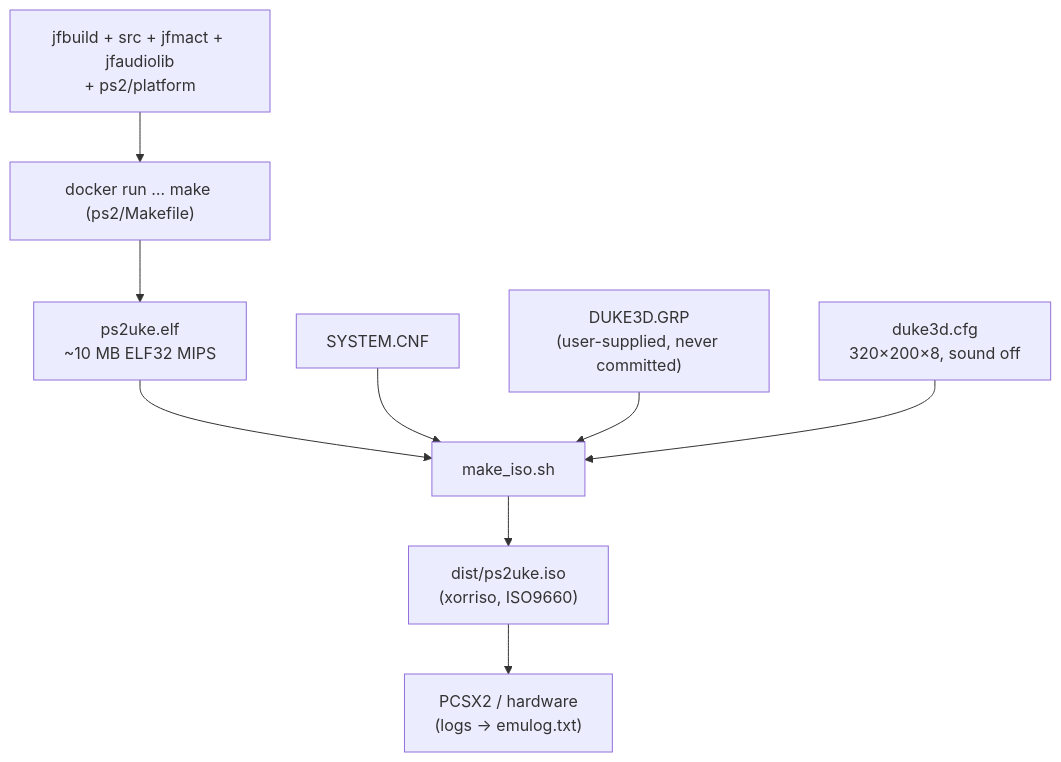
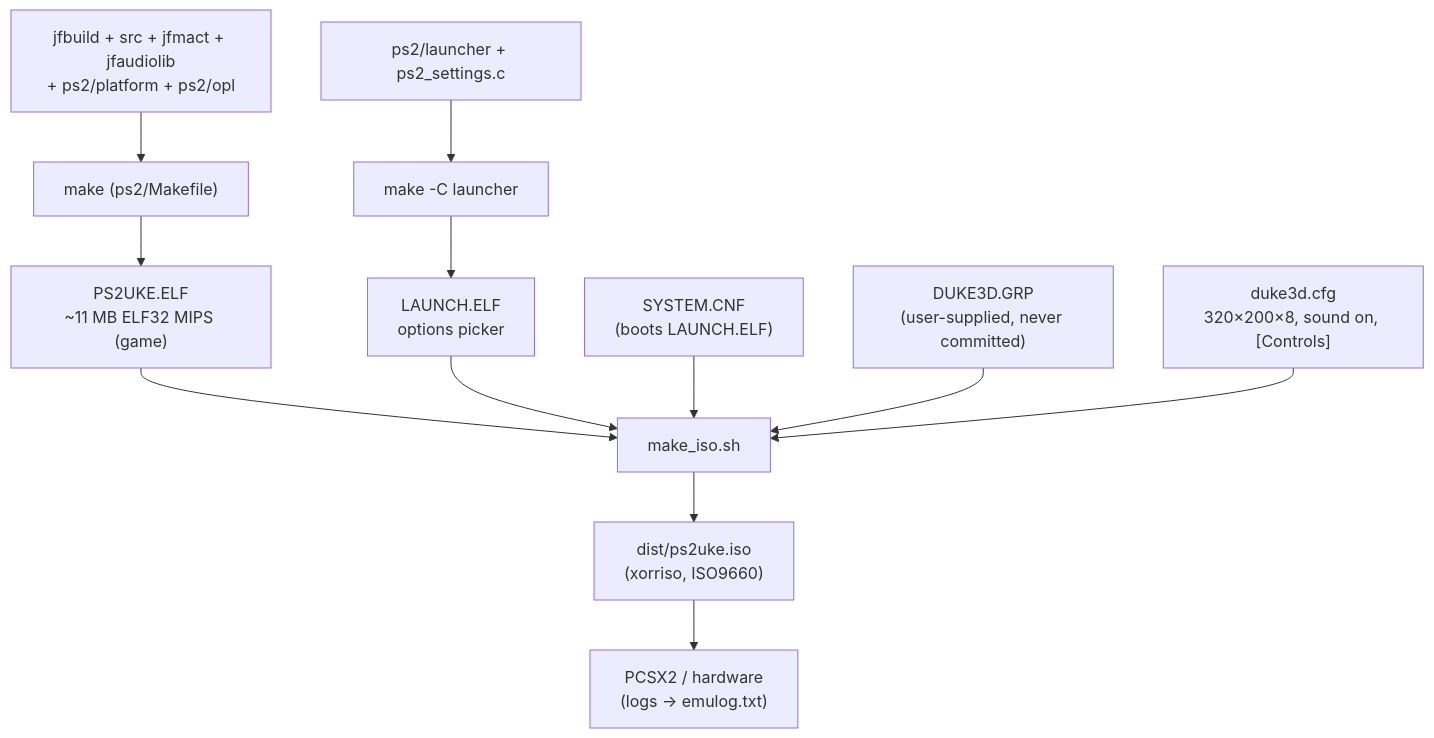
The eighth of 9 diagrams in docs/ARCHITECTURE.md (Arawn-Davies/ps2uke), drawn with Mermaid before and after one commit. The commit also changed other lines of this file and 3 other files, not shown here.

First line of the commit message:
docs: update for OPL music, boot launcher/picker, analog sticks, video modes

````diff
--- a/docs/ARCHITECTURE.md
+++ b/docs/ARCHITECTURE.md
@@ -325,12 +370,15 @@
 ```mermaid
 flowchart TD
-    SRC["jfbuild + src + jfmact + jfaudiolib<br/>+ ps2/platform"] --> MK["docker run … make (ps2/Makefile)"]
-    MK --> ELF["ps2uke.elf<br/>~10 MB ELF32 MIPS"]
+    SRC["jfbuild + src + jfmact + jfaudiolib<br/>+ ps2/platform + ps2/opl"] --> MK["make (ps2/Makefile)"]
+    MK --> ELF["PS2UKE.ELF<br/>~11 MB ELF32 MIPS (game)"]
+    LSRC["ps2/launcher + ps2_settings.c"] --> LMK["make -C launcher"]
+    LMK --> LELF["LAUNCH.ELF<br/>options picker"]
 
     ELF --> ISOB["make_iso.sh"]
-    CNF["SYSTEM.CNF"] --> ISOB
+    LELF --> ISOB
+    CNF["SYSTEM.CNF<br/>(boots LAUNCH.ELF)"] --> ISOB
     GRP["DUKE3D.GRP<br/>(user-supplied, never committed)"] --> ISOB
-    CFG["duke3d.cfg<br/>320×200×8, sound off"] --> ISOB
+    CFG["duke3d.cfg<br/>320×200×8, sound on, [Controls]"] --> ISOB
     ISOB --> OUT["dist/ps2uke.iso<br/>(xorriso, ISO9660)"]
     OUT --> RUN["PCSX2 / hardware<br/>(logs → emulog.txt)"]
 ```
````
